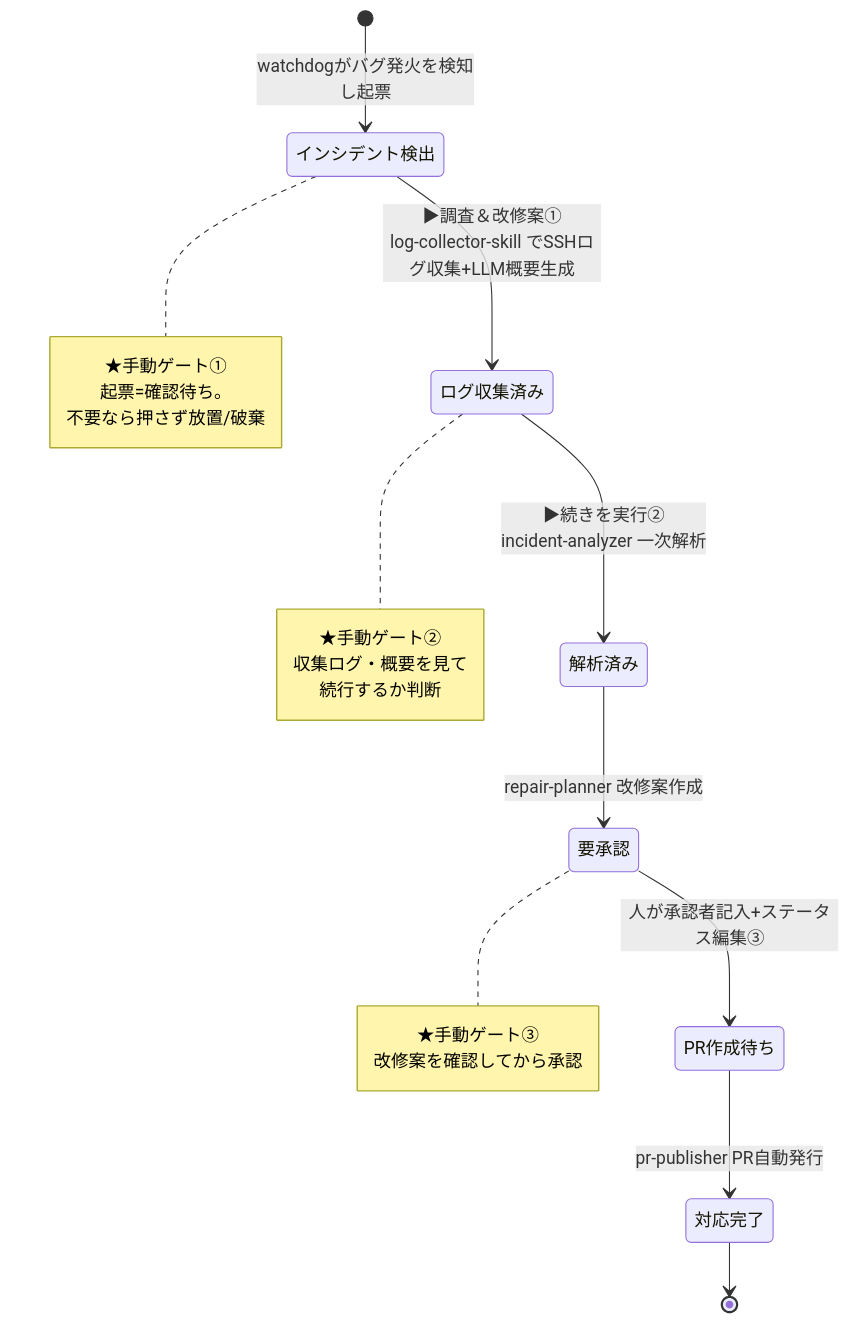
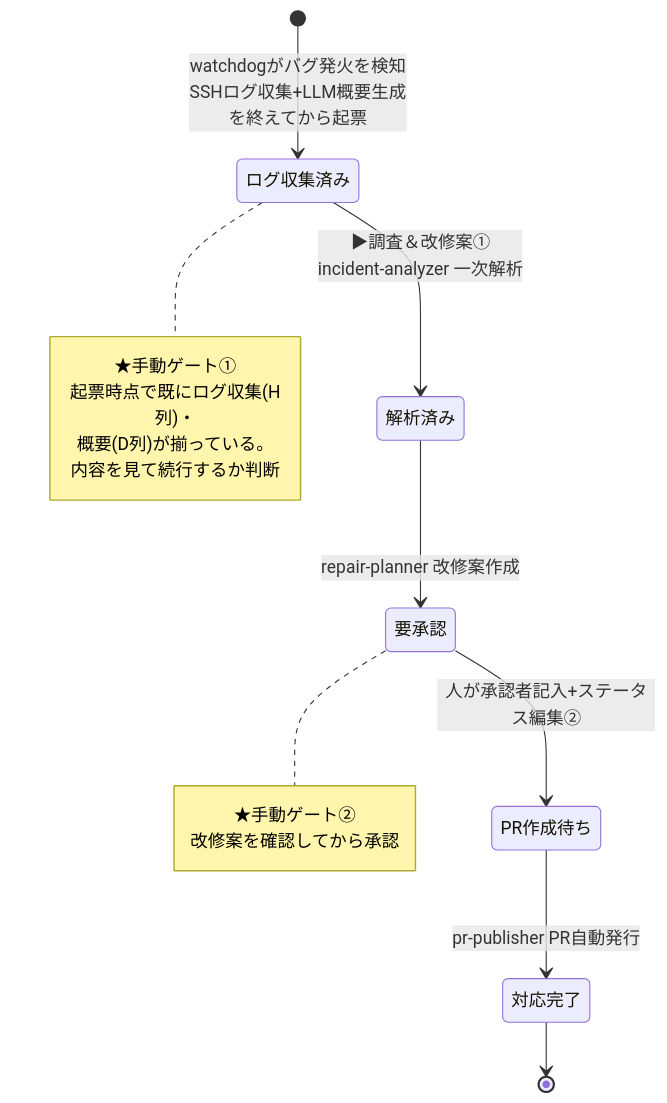
Before and after one commit to shiftrepo/ai_workshop: the second of 4 diagrams in projects/log_collector/auto-repair-demo/ARCHITECTURE.md, drawn with Mermaid. The commit also changed other lines of this file and 3 other files, not shown here.

````diff
--- a/projects/log_collector/auto-repair-demo/ARCHITECTURE.md
+++ b/projects/log_collector/auto-repair-demo/ARCHITECTURE.md
@@ -75,25 +78,20 @@
 ```mermaid
 stateDiagram-v2
-    [*] --> インシデント検出: watchdogがバグ発火を検知し起票
-    インシデント検出 --> ログ収集済み: ▶調査＆改修案①<br/>log-collector-skill でSSHログ収集+LLM概要生成
-    ログ収集済み --> 解析済み: ▶続きを実行②<br/>incident-analyzer 一次解析
+    [*] --> ログ収集済み: watchdogがバグ発火を検知<br/>SSHログ収集+LLM概要生成を終えてから起票
+    ログ収集済み --> 解析済み: ▶調査＆改修案①<br/>incident-analyzer 一次解析
     解析済み --> 要承認: repair-planner 改修案作成
-    要承認 --> PR作成待ち: 人が承認者記入+ステータス編集③
+    要承認 --> PR作成待ち: 人が承認者記入+ステータス編集②
     PR作成待ち --> 対応完了: pr-publisher PR自動発行
     対応完了 --> [*]
 
-    note right of インシデント検出
+    note right of ログ収集済み
         ★手動ゲート①
-        起票=確認待ち。
-        不要なら押さず放置/破棄
-    end note
-    note right of ログ収集済み
-        ★手動ゲート②
-        収集ログ・概要を見て
-        続行するか判断
+        起票時点で既にログ収集(H列)・
+        概要(D列)が揃っている。
+        内容を見て続行するか判断
     end note
     note right of 要承認
-        ★手動ゲート③
+        ★手動ゲート②
         改修案を確認してから承認
     end note
 ```
````
